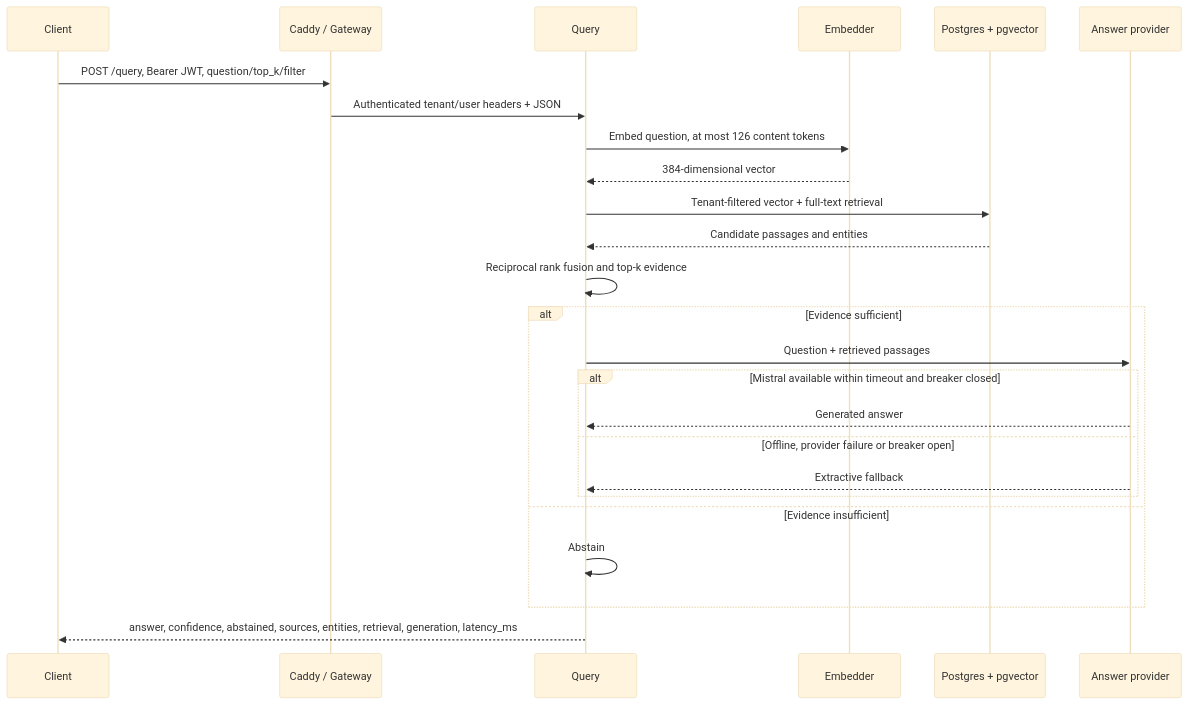
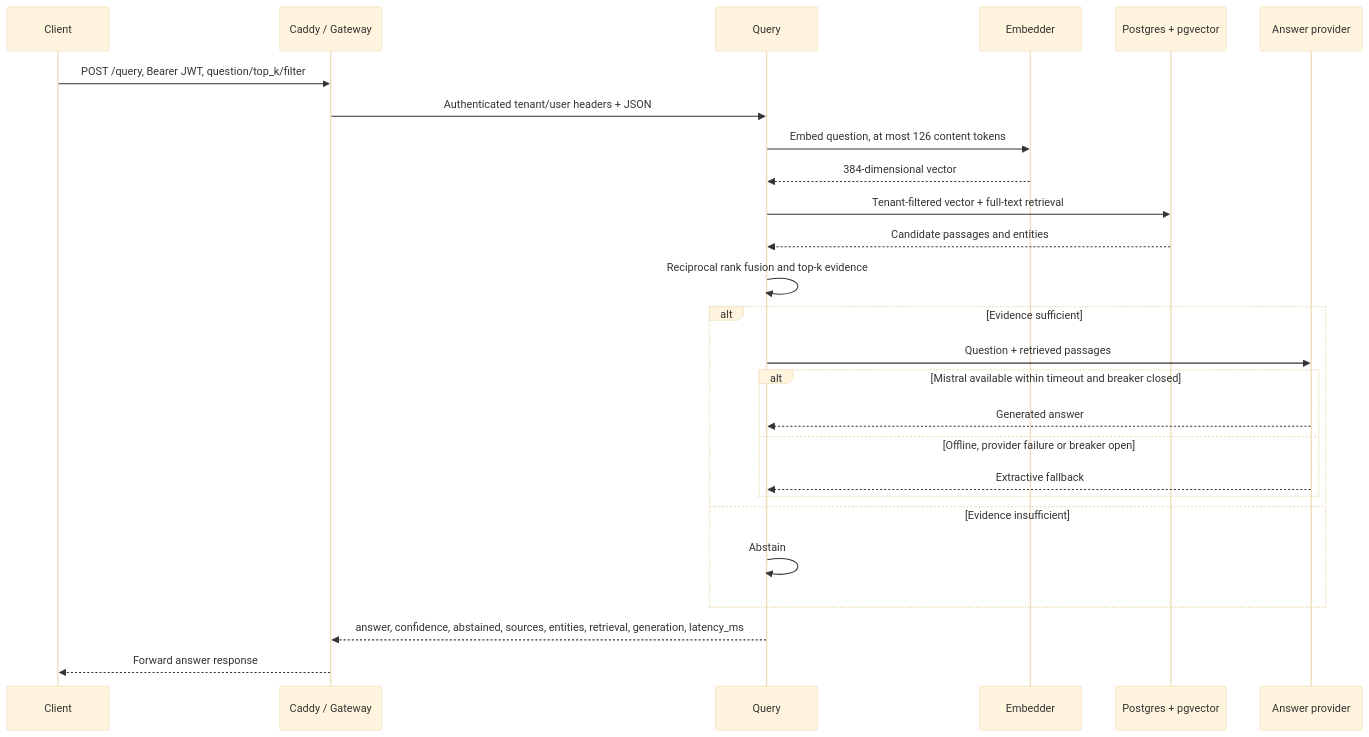
Before and after one commit to Karlo93/doc-insight: the third of 3 diagrams in docs/architecture.md, drawn with Mermaid (base theme). The commit also changed other lines of this file, not shown here.

Commit message:
docs: clarify delivery gaps and gateway response routing

````diff
--- a/docs/architecture.md
+++ b/docs/architecture.md
@@ -116,27 +122,28 @@
 ```mermaid
 sequenceDiagram
     participant C as Client
     participant G as Caddy / Gateway
     participant Q as Query
     participant E as Embedder
     participant D as Postgres + pgvector
     participant L as Answer provider
     C->>G: POST /query, Bearer JWT, question/top_k/filter
     G->>Q: Authenticated tenant/user headers + JSON
     Q->>E: Embed question, at most 126 content tokens
     E-->>Q: 384-dimensional vector
     Q->>D: Tenant-filtered vector + full-text retrieval
     D-->>Q: Candidate passages and entities
     Q->>Q: Reciprocal rank fusion and top-k evidence
     alt Evidence sufficient
         Q->>L: Question + retrieved passages
         alt Mistral available within timeout and breaker closed
             L-->>Q: Generated answer
         else Offline, provider failure or breaker open
             L-->>Q: Extractive fallback
         end
     else Evidence insufficient
         Q->>Q: Abstain
     end
-    Q-->>C: answer, confidence, abstained, sources, entities, retrieval, generation, latency_ms
+    Q-->>G: answer, confidence, abstained, sources, entities, retrieval, generation, latency_ms
+    G-->>C: Forward answer response
 ```
````
